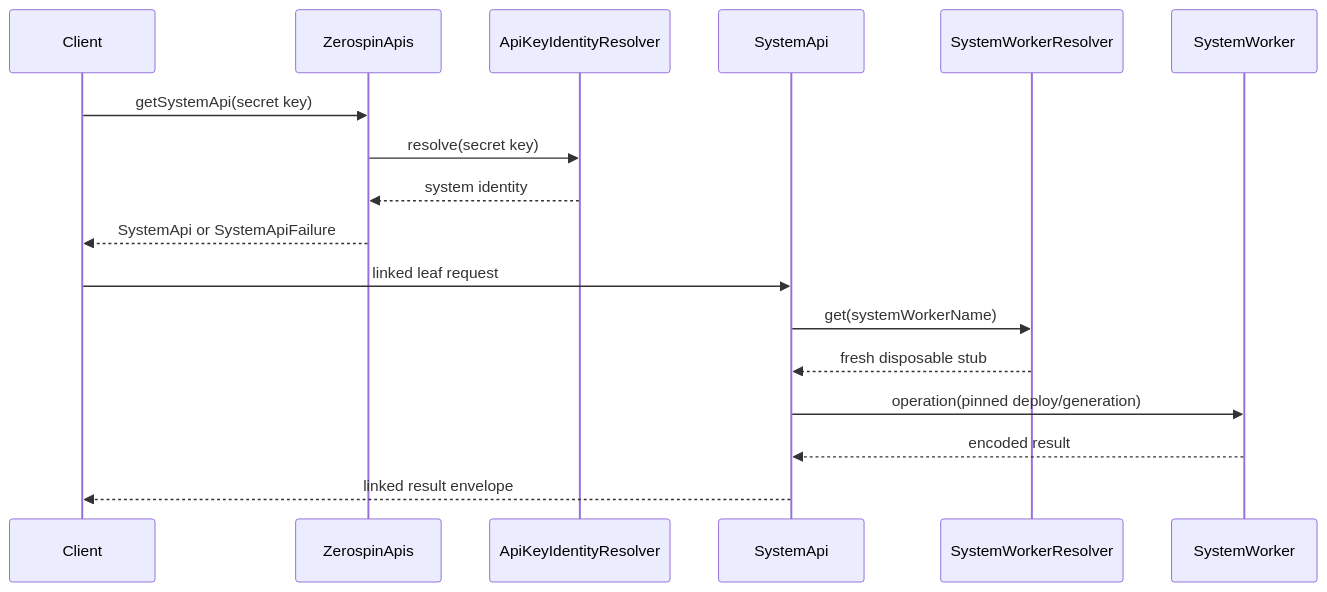
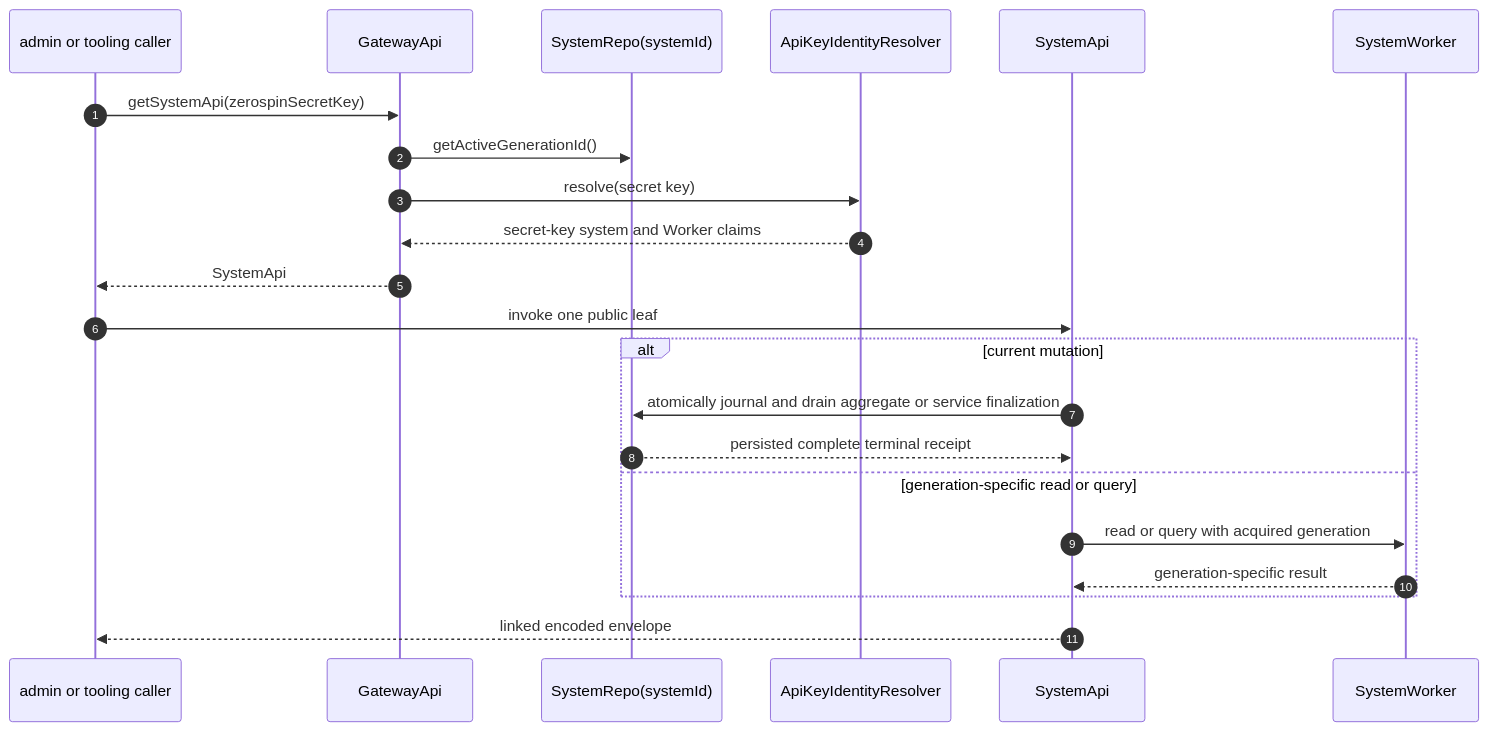
One commit to morgs32/qrk.sh changed the diagram in wiki/architecture/SystemApi.md. Above: the diagram before and after it, drawn with Mermaid. The commit also changed other lines of this file and 1357 other files, not shown here.

````diff
--- a/wiki/architecture/SystemApi.md
+++ b/wiki/architecture/SystemApi.md
@@ -66,20 +17,34 @@
 ```mermaid
 sequenceDiagram
-  participant Client
-  participant Root as ZerospinApis
-  participant Identity as ApiKeyIdentityResolver
+  participant Caller as admin or tooling caller
+  participant Gateway as GatewayApi
+  participant SystemRepo as SystemRepo(systemId)
+  participant Resolver as ApiKeyIdentityResolver
   participant Api as SystemApi
-  participant Resolver as SystemWorkerResolver
   participant Worker as SystemWorker
-
-  Client->>Root: getSystemApi(secret key)
-  Root->>Identity: resolve(secret key)
-  Identity-->>Root: system identity
-  Root-->>Client: SystemApi or SystemApiFailure
-  Client->>Api: linked leaf request
-  Api->>Resolver: get(systemWorkerName)
-  Resolver-->>Api: fresh disposable stub
-  Api->>Worker: operation(pinned deploy/generation)
-  Worker-->>Api: encoded result
-  Api-->>Client: linked result envelope
+  autonumber 1
+  Caller->>Gateway: getSystemApi(zerospinSecretKey)
+  autonumber 2
+  Gateway->>SystemRepo: getActiveGenerationId()
+  autonumber 3
+  Gateway->>Resolver: resolve(secret key)
+  autonumber 4
+  Resolver-->>Gateway: secret-key system and Worker claims
+  autonumber 5
+  Gateway-->>Caller: SystemApi
+  autonumber 6
+  Caller->>Api: invoke one public leaf
+  alt current mutation
+    autonumber 7
+    Api->>SystemRepo: atomically journal and drain aggregate or service finalization
+    autonumber 8
+    SystemRepo-->>Api: persisted complete terminal receipt
+  else generation-specific read or query
+    autonumber 9
+    Api->>Worker: read or query with acquired generation
+    autonumber 10
+    Worker-->>Api: generation-specific result
+  end
+  autonumber 11
+  Api-->>Caller: linked encoded envelope
 ```
````
